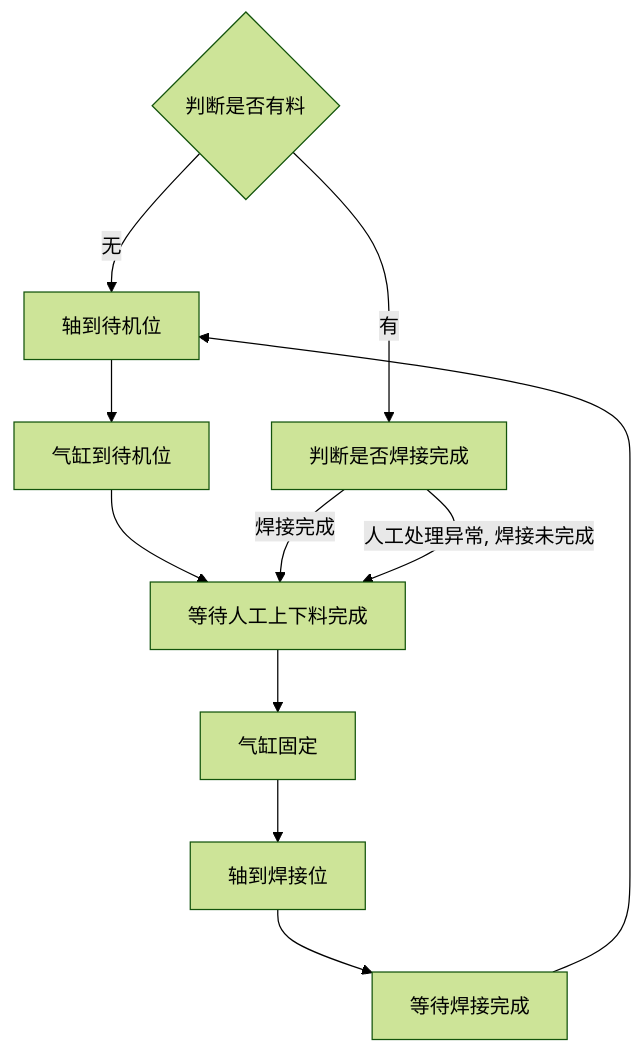
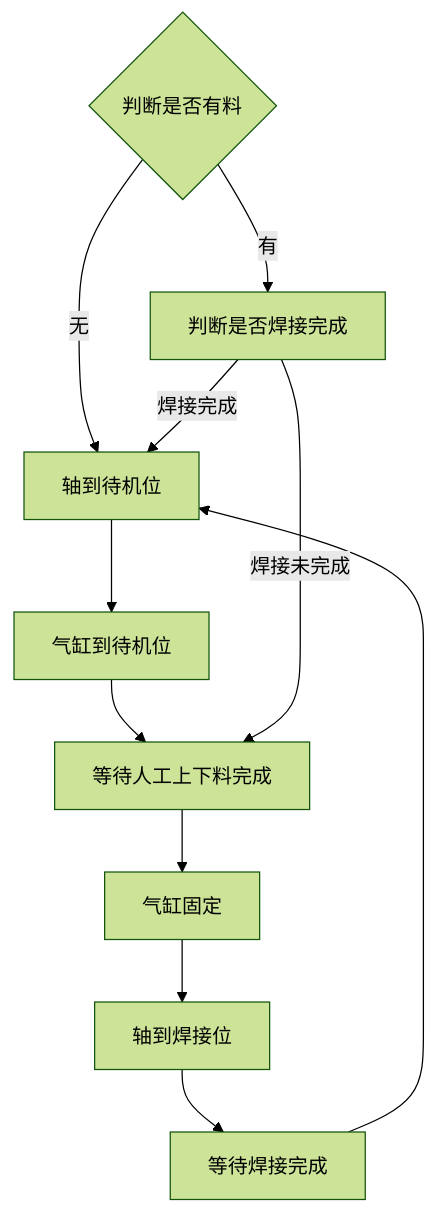
The diagram in all/OP10 上料工位自动流程.md (PengKun1/iodraw-files), drawn with Mermaid (forest theme) before and after one commit.

Commit message:
2024-08-02 11:04:45 update

````diff
--- a/all/OP10 上料工位自动流程.md
+++ b/all/OP10 上料工位自动流程.md
@@ -1,15 +1,15 @@
 ```mermaid
 graph TD
 10{判断是否有料}-->|无|20
 10-->|有|900
 20[轴到待机位]-->30
 30[气缸到待机位]-->40
 40[等待人工上下料完成]-->50
 50[气缸固定]-->60
 60[轴到焊接位]-->70
 70[等待焊接完成]-->20
 
 
-900[判断是否焊接完成]-->| 焊接完成|40
-900-->|人工处理异常, 焊接未完成|40
+900[判断是否焊接完成]-->| 焊接完成|20
+900-->|焊接未完成|40
 ```
````
